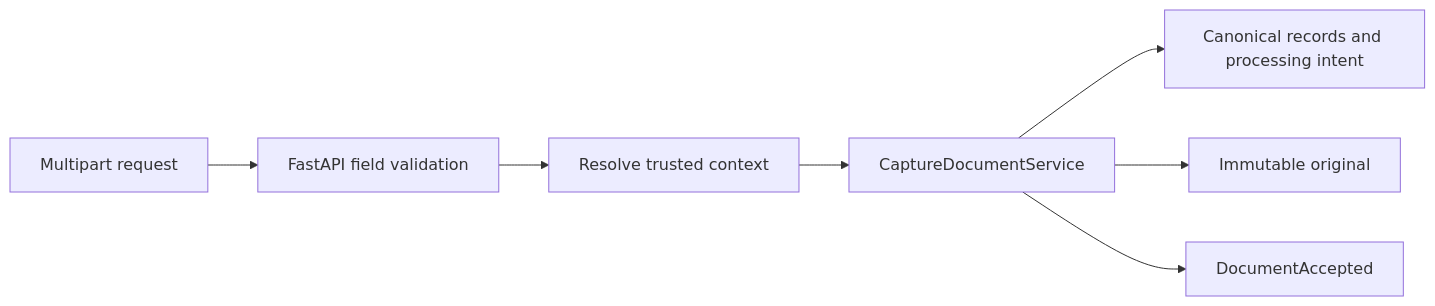
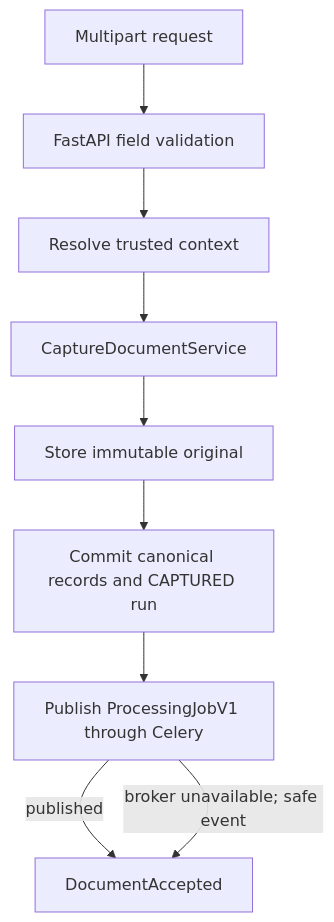
Before and after one commit to rnkraus/investment-research: the first of 6 diagrams in backend/src/investment_research/api/routes/README.md, drawn with Mermaid. The commit also changed other lines of this file and 16 other files, not shown here.

First line of the commit message:
feat(processing): wire capture dispatch into the API

````diff
--- a/backend/src/investment_research/api/routes/README.md
+++ b/backend/src/investment_research/api/routes/README.md
@@ -17,9 +17,11 @@
 ```mermaid
-flowchart LR
+flowchart TD
     REQUEST[Multipart request] --> VALIDATE[FastAPI field validation]
     VALIDATE --> CONTEXT[Resolve trusted context]
     CONTEXT --> CAPTURE[CaptureDocumentService]
-    CAPTURE --> DATABASE[Canonical records and processing intent]
-    CAPTURE --> STORAGE[Immutable original]
-    CAPTURE --> RESPONSE[DocumentAccepted]
+    CAPTURE --> STORAGE[Store immutable original]
+    STORAGE --> DATABASE[Commit canonical records and CAPTURED run]
+    DATABASE --> DISPATCH[Publish ProcessingJobV1 through Celery]
+    DISPATCH -->|published| RESPONSE[DocumentAccepted]
+    DISPATCH -->|broker unavailable; safe event| RESPONSE
 ```
````
